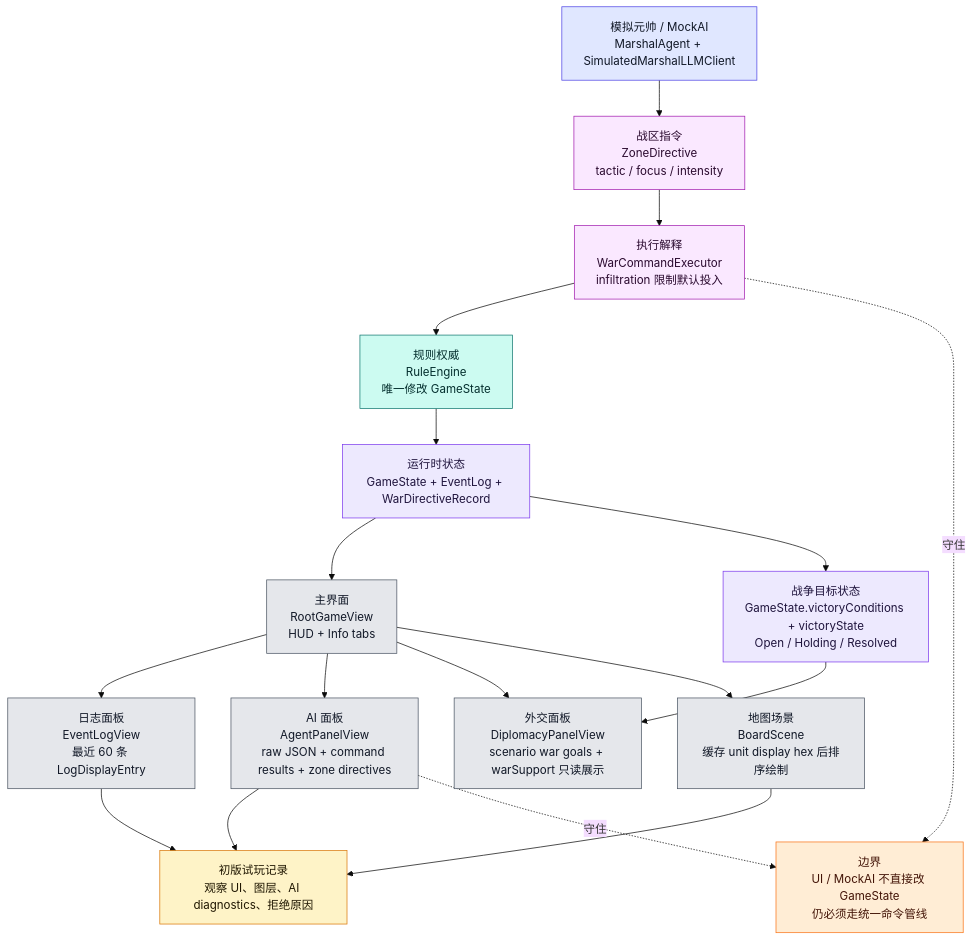
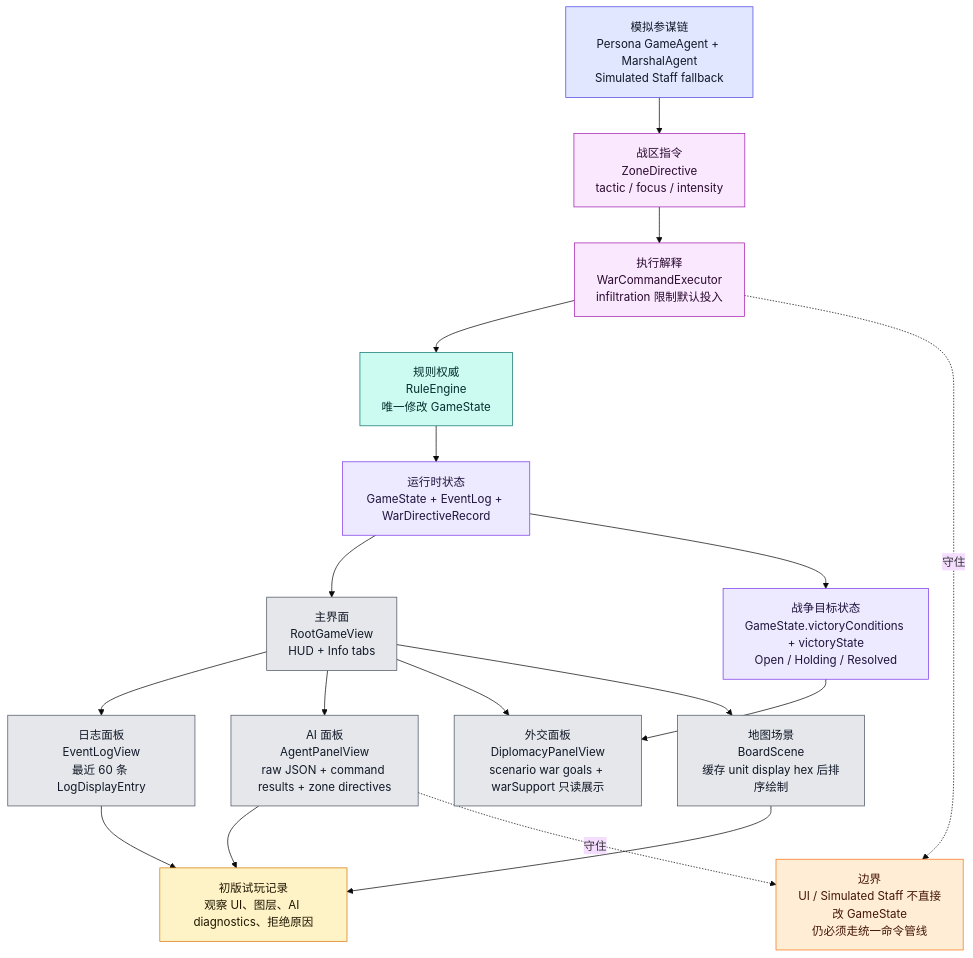
One commit to Altman-sam114/126 changed the eighth of 9 diagrams in md/flow/flowchart.md. Above: the diagram before and after it, drawn with Mermaid (base theme). The commit also changed other lines of this file and 9 other files, not shown here.

````diff
--- a/md/flow/flowchart.md
+++ b/md/flow/flowchart.md
@@ -423,38 +423,38 @@
 ```mermaid
 flowchart TD
     STATE["运行时状态<br/>GameState + EventLog + WarDirectiveRecord"]:::state
     ROOT["主界面<br/>RootGameView<br/>HUD + Info tabs"]:::ui
     LOG["日志面板<br/>EventLogView<br/>最近 60 条 LogDisplayEntry"]:::ui
     AIUI["AI 面板<br/>AgentPanelView<br/>raw JSON + command results + zone directives"]:::ui
     DIPUI["外交面板<br/>DiplomacyPanelView<br/>scenario war goals + warSupport 只读展示"]:::ui
     GOALS["战争目标状态<br/>GameState.victoryConditions + victoryState<br/>Open / Holding / Resolved"]:::state
     BOARD["地图场景<br/>BoardScene<br/>缓存 unit display hex 后排序绘制"]:::ui
-    MARSHAL["模拟元帅 / MockAI<br/>MarshalAgent + SimulatedMarshalLLMClient"]:::ai
+    MARSHAL["模拟参谋链<br/>Persona GameAgent + MarshalAgent<br/>Simulated Staff fallback"]:::ai
     ZD["战区指令<br/>ZoneDirective<br/>tactic / focus / intensity"]:::command
     WCE["执行解释<br/>WarCommandExecutor<br/>infiltration 限制默认投入"]:::command
     RULE["规则权威<br/>RuleEngine<br/>唯一修改 GameState"]:::rules
     PLAYTEST["初版试玩记录<br/>观察 UI、图层、AI diagnostics、拒绝原因"]:::doc
 
     STATE --> ROOT
     ROOT --> LOG
     ROOT --> AIUI
     ROOT --> DIPUI
     ROOT --> BOARD
     STATE --> GOALS --> DIPUI
     MARSHAL --> ZD --> WCE --> RULE --> STATE
     AIUI --> PLAYTEST
     LOG --> PLAYTEST
     BOARD --> PLAYTEST
 
-    WARN["边界<br/>UI / MockAI 不直接改 GameState<br/>仍必须走统一命令管线"]:::warn
+    WARN["边界<br/>UI / Simulated Staff 不直接改 GameState<br/>仍必须走统一命令管线"]:::warn
     AIUI -.守住.-> WARN
     WCE -.守住.-> WARN
 
     classDef state fill:#ede9fe,stroke:#7c3aed,color:#1f143d
     classDef ui fill:#e5e7eb,stroke:#4b5563,color:#111827
     classDef ai fill:#e0e7ff,stroke:#4f46e5,color:#111827
     classDef command fill:#fae8ff,stroke:#a21caf,color:#2a0a2f
     classDef rules fill:#ccfbf1,stroke:#0f766e,color:#042f2e
     classDef doc fill:#fef3c7,stroke:#d97706,color:#1f1600
     classDef warn fill:#ffedd5,stroke:#f97316,color:#431407
 ```
````
